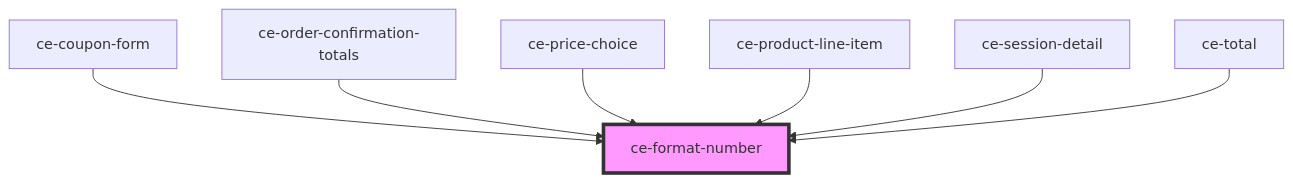
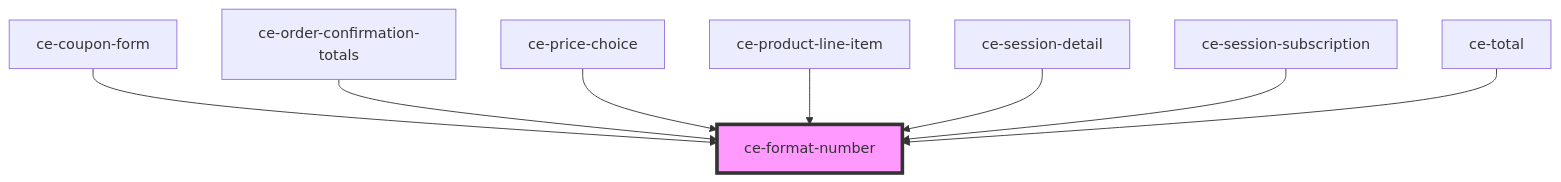
The diagram in packages/components/src/components/util/format-number/readme.md (surecart/surecart-wp-plugin), drawn with Mermaid before and after one commit. The commit also changed other lines of this file and 96 other files, not shown here.

````diff
--- a/packages/components/src/components/util/format-number/readme.md
+++ b/packages/components/src/components/util/format-number/readme.md
@@ -38,10 +39,11 @@
 ```mermaid
 graph TD;
   ce-coupon-form --> ce-format-number
   ce-order-confirmation-totals --> ce-format-number
   ce-price-choice --> ce-format-number
   ce-product-line-item --> ce-format-number
   ce-session-detail --> ce-format-number
+  ce-session-subscription --> ce-format-number
   ce-total --> ce-format-number
   style ce-format-number fill:#f9f,stroke:#333,stroke-width:4px
 ```
````
